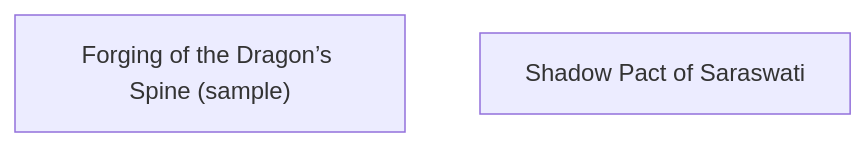
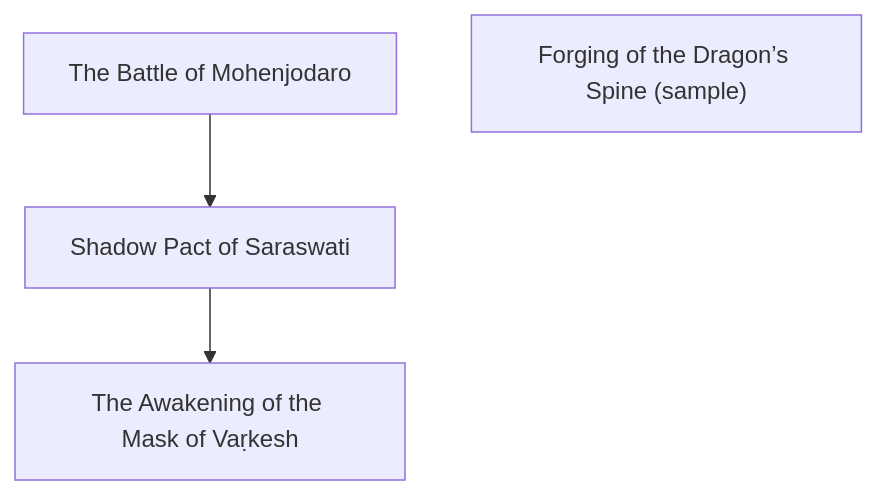
The second of 6 diagrams in docs/atlas.md (lordlebu/SouthOfTethys), drawn with Mermaid before and after one commit. The commit also changed other lines of this file and 24 other files, not shown here.

````diff
--- a/docs/atlas.md
+++ b/docs/atlas.md
@@ -69,5 +72,9 @@
 ```mermaid
 graph TD
-    E0["Forging of the Dragon’s Spine (sample)"]
-    E1["Shadow Pact of Saraswati"]
+    E0["The Battle of Mohenjodaro"]
+    E1["Forging of the Dragon’s Spine (sample)"]
+    E2["Shadow Pact of Saraswati"]
+    E3["The Awakening of the Mask of Vaṛkesh"]
+    E0 --> E2
+    E2 --> E3
 ```
````
